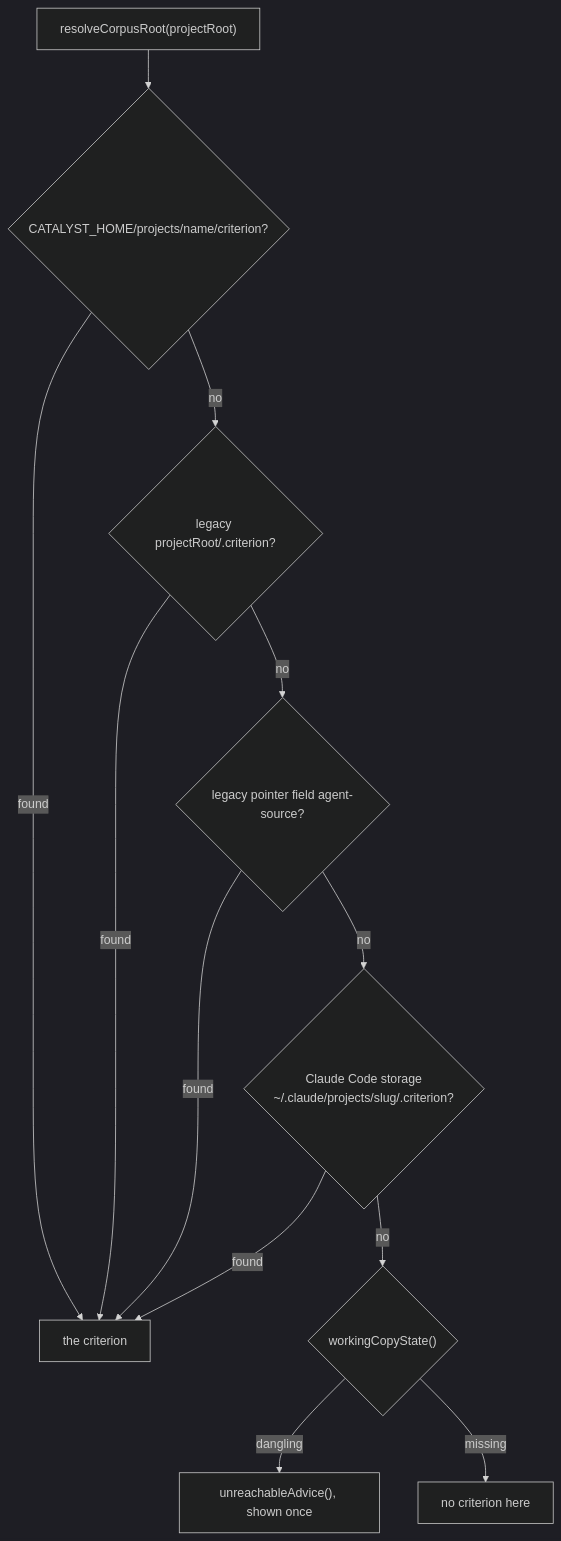
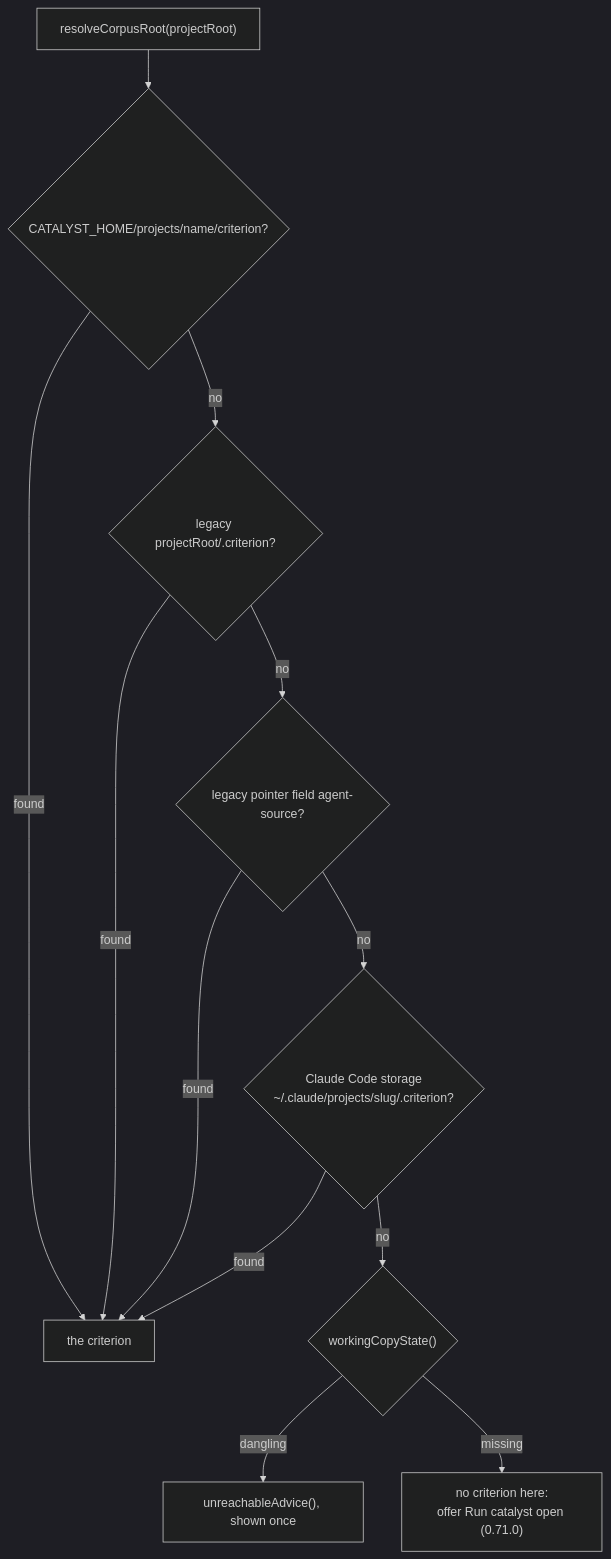
One commit to cantica-tech/catalyst-docs changed the eighth of 16 diagrams in docs/guide/manual/70-catalyst-ui.md. Above: the diagram before and after it, drawn with Mermaid (dark theme). The commit also changed other lines of this file and 9 other files, not shown here.

````diff
--- a/docs/guide/manual/70-catalyst-ui.md
+++ b/docs/guide/manual/70-catalyst-ui.md
@@ -479,14 +485,14 @@
 ```mermaid
 flowchart TD
   P["resolveCorpusRoot(projectRoot)"] --> H{"CATALYST_HOME/projects/name/criterion?"}
   H -->|found| OK["the criterion"]
   H -->|no| L1{"legacy projectRoot/.criterion?"}
   L1 -->|found| OK
   L1 -->|no| L2{"legacy pointer field agent-source?"}
   L2 -->|found| OK
   L2 -->|no| L3{"Claude Code storage<br/>~/.claude/projects/slug/.criterion?"}
   L3 -->|found| OK
   L3 -->|no| W{"workingCopyState()"}
   W -->|"dangling"| ADV["unreachableAdvice(), shown once"]
-  W -->|"missing"| MISS["no criterion here"]
+  W -->|"missing"| MISS["no criterion here:<br/>offer Run catalyst open (0.71.0)"]
 ```
````
